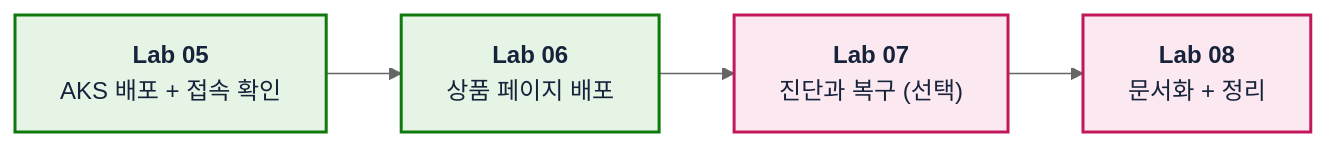
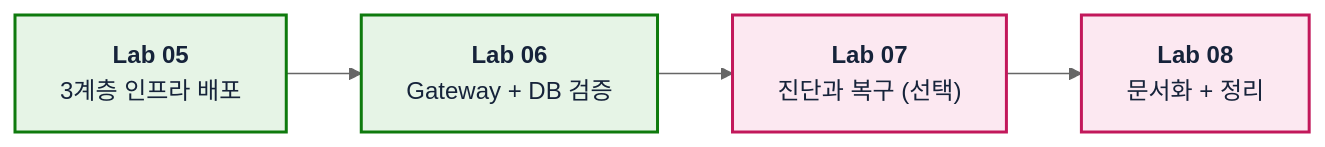
The second of 2 diagrams in README.md (wonsungso/azure-infra-skills-workshop), drawn with Mermaid (neutral theme) before and after one commit. The commit also changed other lines of this file and 25 other files, not shown here.

````diff
--- a/README.md
+++ b/README.md
@@ -50,10 +59,10 @@
 ```mermaid
 flowchart LR
-    E["<b>Lab 05</b><br/>AKS 배포 + 접속 확인"] --> F["<b>Lab 06</b><br/>상품 페이지 배포"] --> G["<b>Lab 07</b><br/>진단과 복구 (선택)"] --> H["<b>Lab 08</b><br/>문서화 + 정리"]
+    E["<b>Lab 05</b><br/>3계층 인프라 배포"] --> F["<b>Lab 06</b><br/>Gateway + DB 검증"] --> G["<b>Lab 07</b><br/>진단과 복구 (선택)"] --> H["<b>Lab 08</b><br/>문서화 + 정리"]
 
     classDef run fill:#E6F4E6,stroke:#0E7A0D,stroke-width:2px,color:#16233A
     classDef wrap fill:#FCE8F1,stroke:#C2185B,stroke-width:2px,color:#16233A
 
     class E,F run
     class G,H wrap
 ```
````
